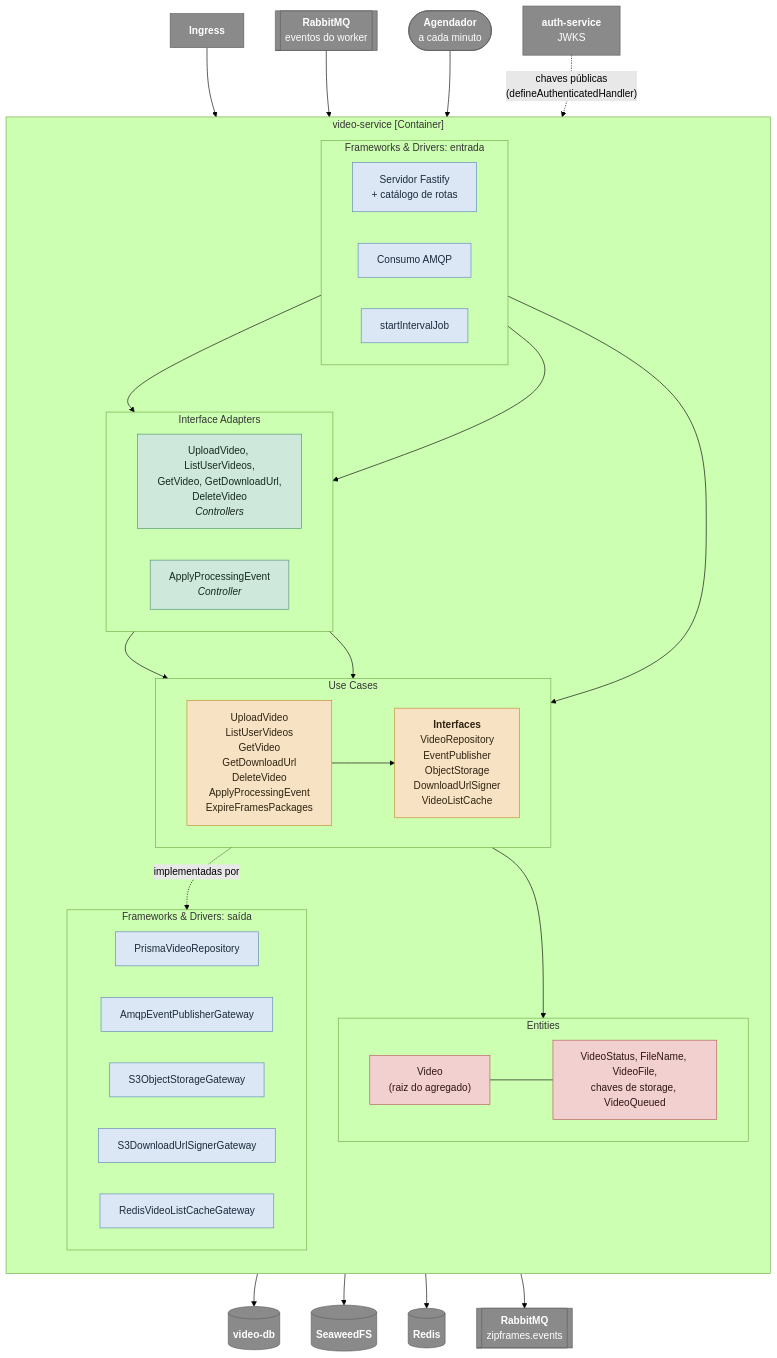
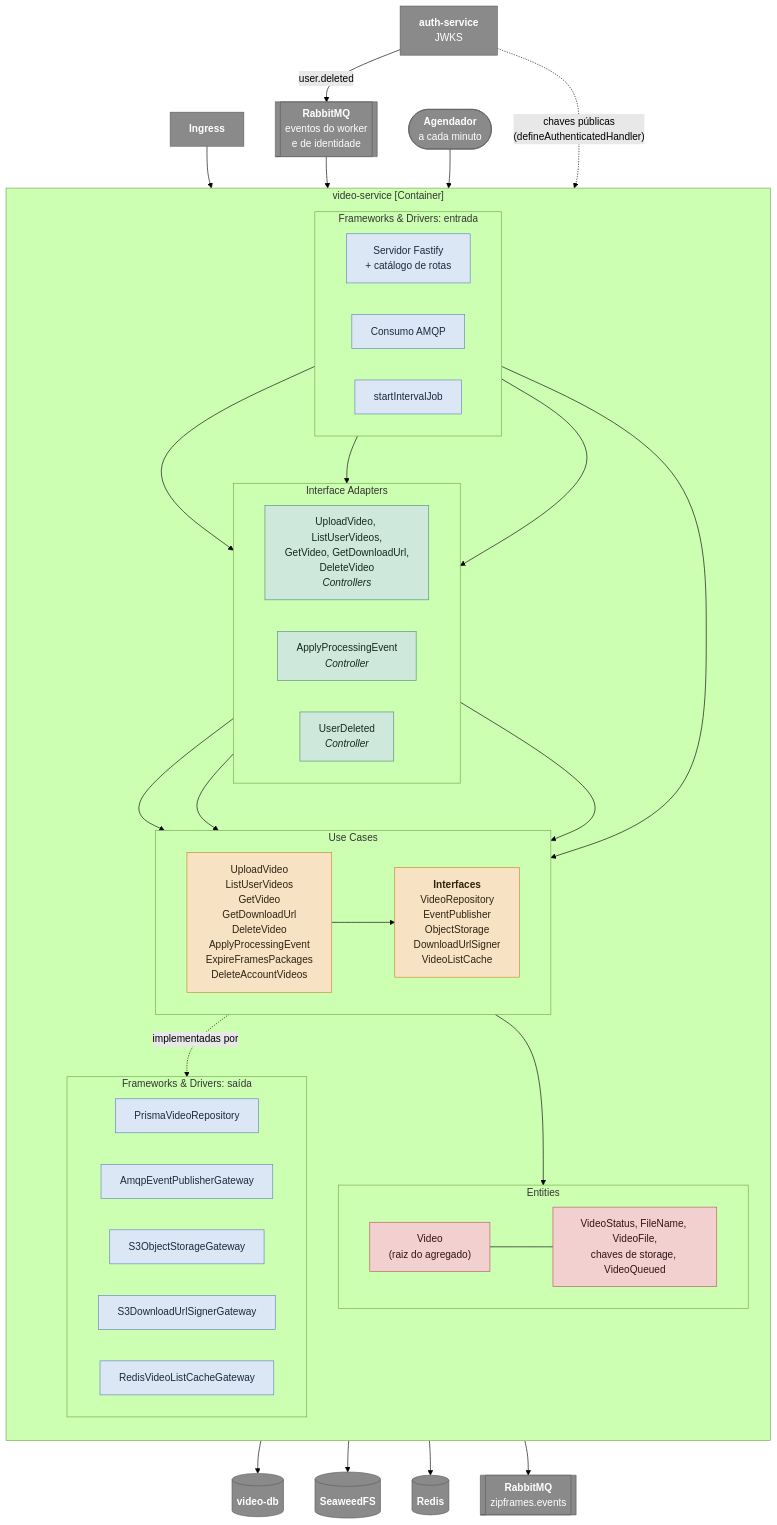
One commit to knzt/zipframes changed the diagram in docs/architecture/c4/03-componentes-video-service.md. Above: the diagram before and after it, drawn with Mermaid (forest theme). The commit also changed other lines of this file and 9 other files, not shown here.

````diff
--- a/docs/architecture/c4/03-componentes-video-service.md
+++ b/docs/architecture/c4/03-componentes-video-service.md
@@ -6,7 +6,7 @@
 flowchart TB
   ingress["<b>Ingress</b>"]
   authsvc["<b>auth-service</b><br/>JWKS"]
-  brokerin[["<b>RabbitMQ</b><br/>eventos do worker"]]
+  brokerin[["<b>RabbitMQ</b><br/>eventos do worker<br/>e de identidade"]]
   timer(["<b>Agendador</b><br/>a cada minuto"])
 
   subgraph vs["video-service [Container]"]
@@ -23,11 +23,12 @@
       direction LR
       ctrl["UploadVideo, ListUserVideos,<br/>GetVideo, GetDownloadUrl,<br/>DeleteVideo<br/><i>Controllers</i>"]
       consumer["ApplyProcessingEvent<br/><i>Controller</i>"]
+      consumer2["UserDeleted<br/><i>Controller</i>"]
     end
 
     subgraph app["Use Cases"]
       direction LR
-      uc["UploadVideo<br/>ListUserVideos<br/>GetVideo<br/>GetDownloadUrl<br/>DeleteVideo<br/>ApplyProcessingEvent<br/>ExpireFramesPackages"]
+      uc["UploadVideo<br/>ListUserVideos<br/>GetVideo<br/>GetDownloadUrl<br/>DeleteVideo<br/>ApplyProcessingEvent<br/>ExpireFramesPackages<br/>DeleteAccountVideos"]
       interfaces["<b>Interfaces</b><br/>VideoRepository<br/>EventPublisher<br/>ObjectStorage<br/>DownloadUrlSigner<br/>VideoListCache"]
     end
 
@@ -57,10 +58,13 @@
   timer --> interval
   fastify --> ctrl
   authsvc -. "chaves públicas<br/>(defineAuthenticatedHandler)" .-> ctrl
+  authsvc -- "user.deleted" --> brokerin
   amqpin --> consumer
+  amqpin --> consumer2
   interval --> uc
   ctrl --> uc
   consumer --> uc
+  consumer2 --> uc
   uc --> video
   video --- vos
   uc --> interfaces
@@ -77,7 +81,7 @@
   classDef domc fill:#f3d0d0,stroke:#b35c5c,color:#2e1515
   class ingress,authsvc,brokerin,timer,db,storage,cache,brokerout ext
   class fastify,amqpin,interval,repo,events,objstore,signer,listcache fwc
-  class ctrl,consumer adc
+  class ctrl,consumer,consumer2 adc
   class uc,interfaces appc
   class video,vos domc
 ```
````
